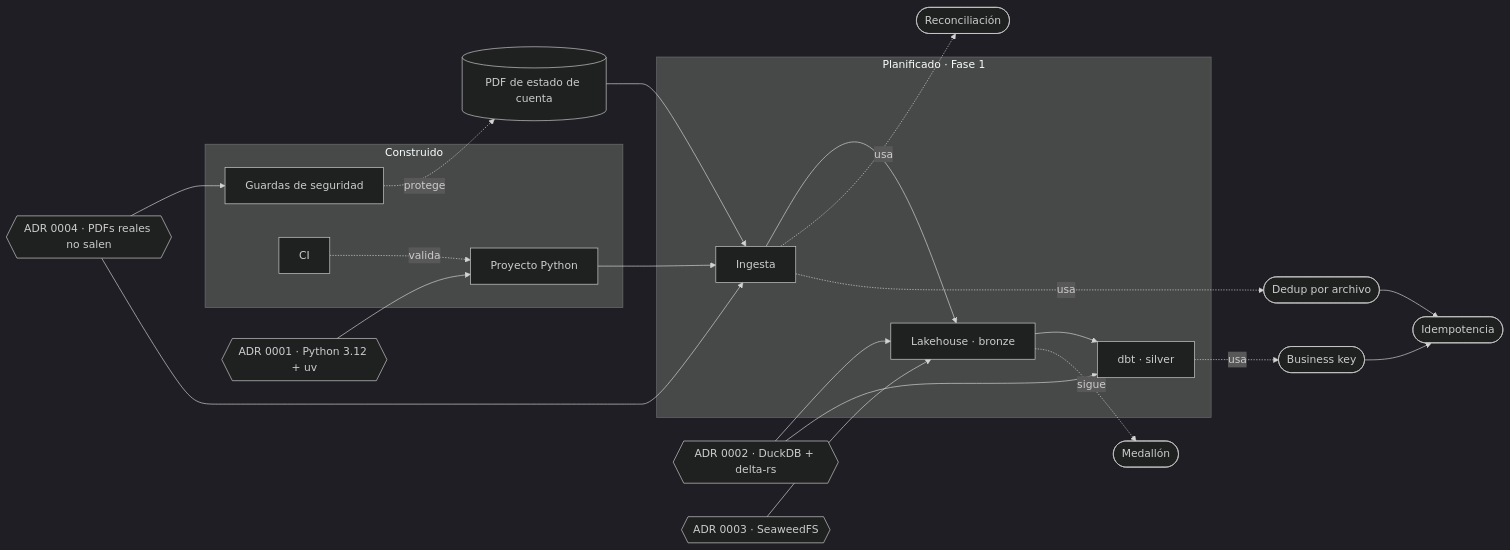
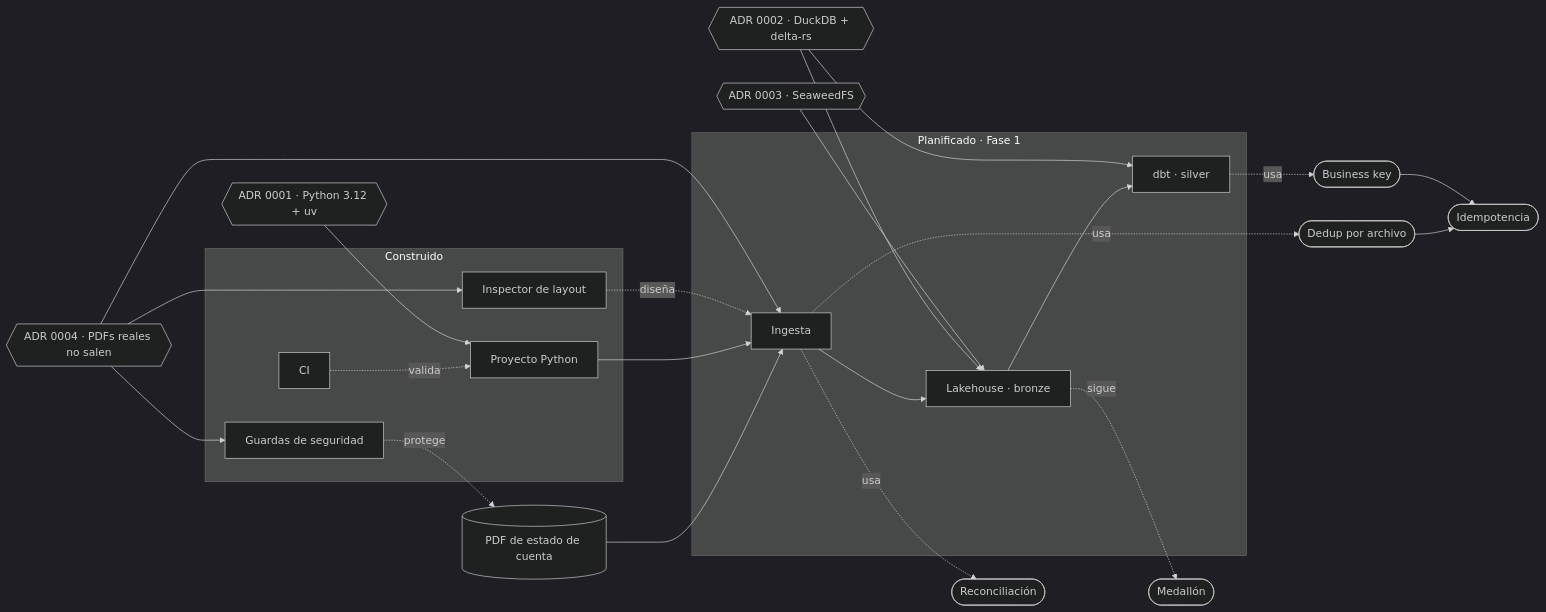
The diagram in brain/README.md (PieroRios2000/personal-finance-platform), drawn with Mermaid (dark theme) before and after one commit. The commit also changed other lines of this file and 1 other file, not shown here.

Commit message:
docs: sync the brain with T3b and T9
Adds the layout inspector to the map and index, and updates the Phase 1
note with the merged PRs (#14, #15, #16) and T4 in review.

Claude-Session: https://claude.ai/code/session_01BZtrfKgffHsxxpdnAhxyhy

````diff
--- a/brain/README.md
+++ b/brain/README.md
@@ -12,35 +12,38 @@
 ```mermaid
 flowchart LR
     PDF[("PDF de estado de cuenta")]
 
     subgraph construido["Construido"]
         GS["Guardas de seguridad"]
         PY["Proyecto Python"]
         CI["CI"]
+        INS["Inspector de layout"]
     end
 
     subgraph planificado["Planificado · Fase 1"]
         ING["Ingesta"]
         LAKE["Lakehouse · bronze"]
         DBT["dbt · silver"]
     end
 
     PDF --> ING --> LAKE --> DBT
     PY --> ING
     CI -. valida .-> PY
     GS -. protege .-> PDF
+    INS -. diseña .-> ING
 
     ING -. usa .-> REC(["Reconciliación"])
     ING -. usa .-> DED(["Dedup por archivo"])
     LAKE -. sigue .-> MED(["Medallón"])
     DBT -. usa .-> BK(["Business key"])
     DED --> IDE(["Idempotencia"])
     BK --> IDE
 
     A1{{"ADR 0001 · Python 3.12 + uv"}} --> PY
     A2{{"ADR 0002 · DuckDB + delta-rs"}} --> LAKE
     A2 --> DBT
     A3{{"ADR 0003 · SeaweedFS"}} --> LAKE
     A4{{"ADR 0004 · PDFs reales no salen"}} --> GS
     A4 --> ING
+    A4 --> INS
 ```
````
